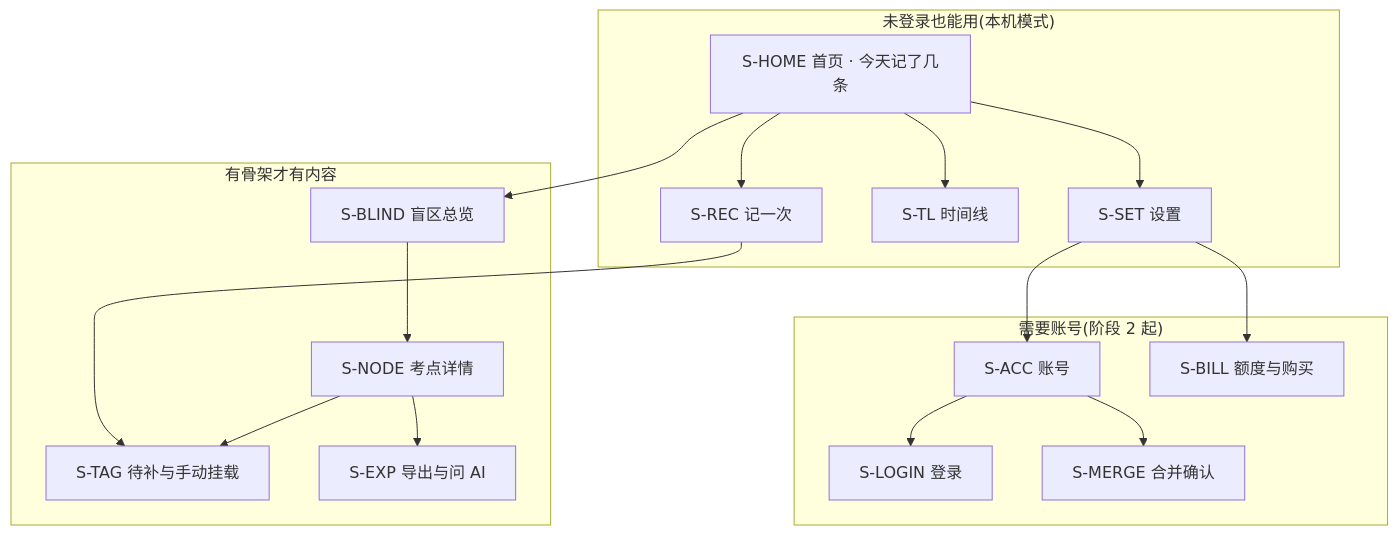
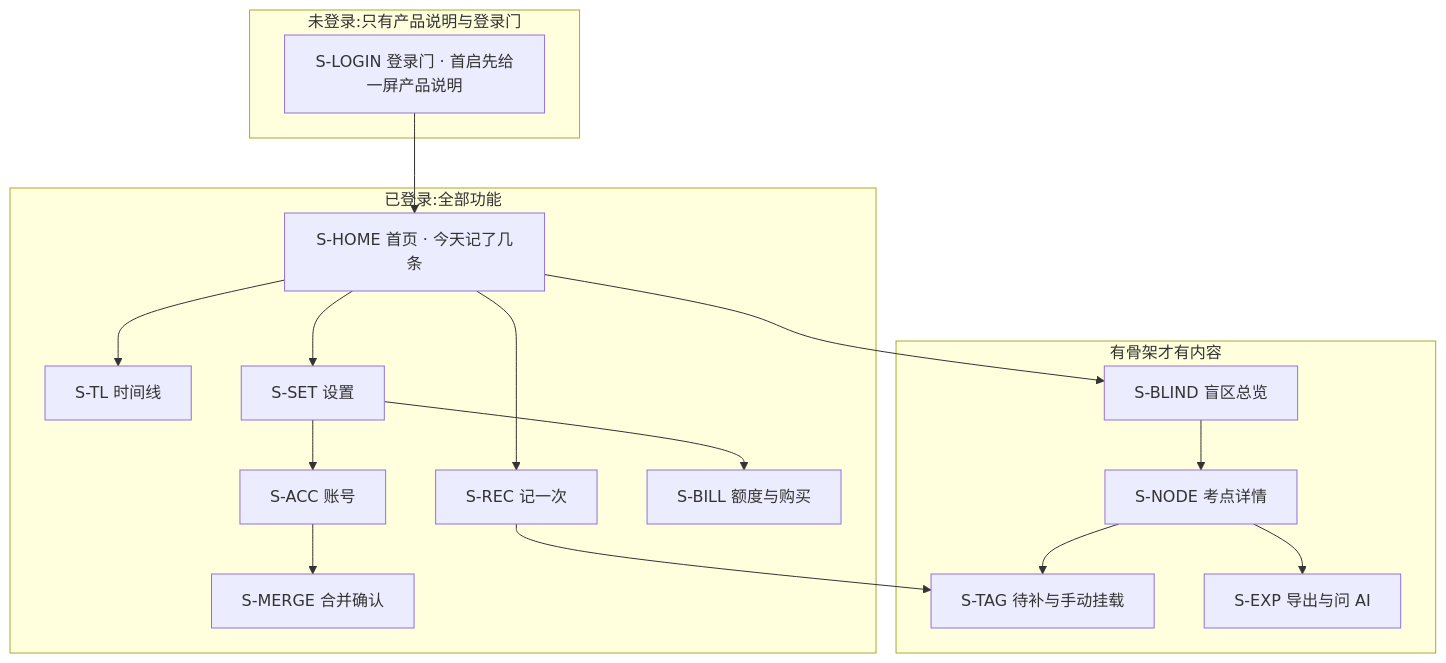
One commit to chenyuanjin/kubic changed the diagram in docs/product/specs/INDEX.md. Above: the diagram before and after it, drawn with Mermaid. The commit also changed other lines of this file and 15 other files, not shown here.

````diff
--- a/docs/product/specs/INDEX.md
+++ b/docs/product/specs/INDEX.md
@@ -36,31 +36,32 @@
 ```mermaid
 flowchart TD
-    subgraph 无需登录["未登录也能用(本机模式)"]
+    subgraph 未登录["未登录:只有产品说明与登录门"]
+        LOGIN["S-LOGIN 登录门 · 首启先给一屏产品说明"]
+    end
+
+    subgraph 已登录["已登录:全部功能"]
         H["S-HOME 首页 · 今天记了几条"]
         REC["S-REC 记一次"]
         LIST["S-TL 时间线"]
         SET["S-SET 设置"]
-    end
-
-    subgraph 需要账号["需要账号(阶段 2 起)"]
-        LOGIN["S-LOGIN 登录"]
         ACC["S-ACC 账号"]
         MERGE["S-MERGE 合并确认"]
         BILL["S-BILL 额度与购买"]
     end
 
     subgraph 骨架["有骨架才有内容"]
         BLIND["S-BLIND 盲区总览"]
         NODE["S-NODE 考点详情"]
         TAG["S-TAG 待补与手动挂载"]
         EXP["S-EXP 导出与问 AI"]
     end
 
+    LOGIN --> H
     H --> REC --> TAG
     H --> BLIND --> NODE --> EXP
     H --> LIST
-    H --> SET --> ACC --> LOGIN
+    H --> SET --> ACC
     ACC --> MERGE
     SET --> BILL
     NODE --> TAG
 ```
````
